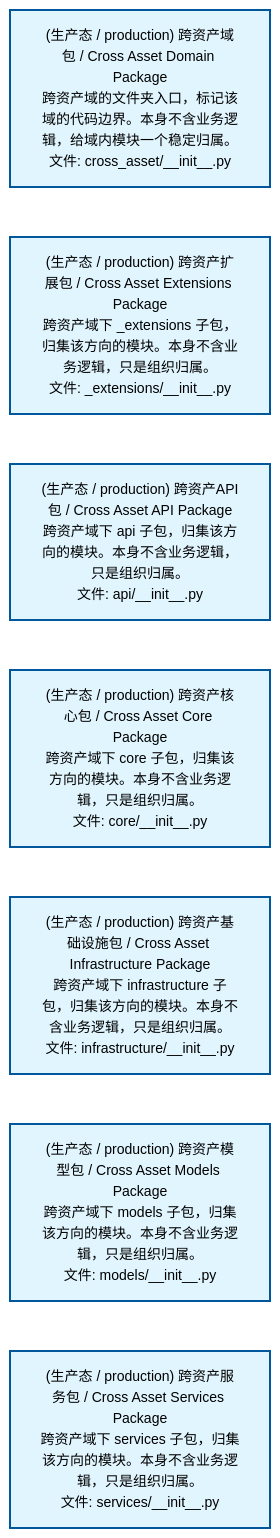
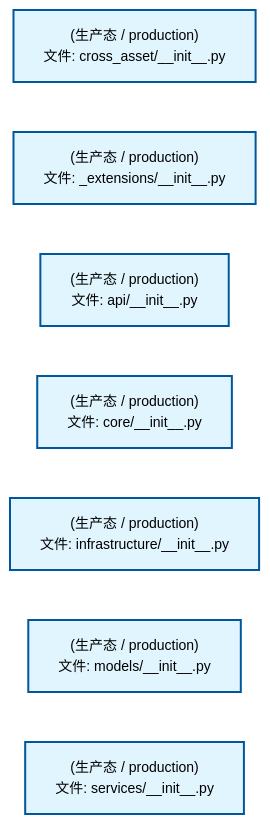
Before and after one commit to xuanFelixVan/ZephyrAlpha: the first of 3 diagrams in docs/02_enterprise_architecture/02_domain_architecture_docs/40_d_cross_asset.md, drawn with Mermaid. The commit also changed other lines of this file and 75 other files, not shown here.

````diff
--- a/docs/02_enterprise_architecture/02_domain_architecture_docs/40_d_cross_asset.md
+++ b/docs/02_enterprise_architecture/02_domain_architecture_docs/40_d_cross_asset.md
@@ -53,22 +53,22 @@
 ```mermaid
 %%{init: {'theme': 'base', 'themeVariables': {'primaryColor': '#eaeaea', 'primaryTextColor': '#333333', 'primaryBorderColor': '#666666', 'lineColor': '#666666', 'secondaryColor': '#eaeaea', 'tertiaryColor': '#eaeaea', 'fontSize': '14px'}}}%%
 flowchart TD
-    src_zephyr_cross_asset_init_py["(生产态 / production) 跨资产域包 / Cross Asset Domain Package<br/>跨资产域的文件夹入口，标记该域的代码边界。本身不含业务逻辑，给域内模块一个稳定归属。<br/>文件: cross_asset/__init__.py"]
-    src_zephyr_cross_asset_extensions_init_py["(生产态 / production) 跨资产扩展包 / Cross Asset Extensions Package<br/>跨资产域下 _extensions 子包，归集该方向的模块。本身不含业务逻辑，只是组织归属。<br/>文件: _extensions/__init__.py"]
-    src_zephyr_cross_asset_api_init_py["(生产态 / production) 跨资产API包 / Cross Asset API Package<br/>跨资产域下 api 子包，归集该方向的模块。本身不含业务逻辑，只是组织归属。<br/>文件: api/__init__.py"]
-    src_zephyr_cross_asset_core_init_py["(生产态 / production) 跨资产核心包 / Cross Asset Core Package<br/>跨资产域下 core 子包，归集该方向的模块。本身不含业务逻辑，只是组织归属。<br/>文件: core/__init__.py"]
-    src_zephyr_cross_asset_infrastructure_init_py["(生产态 / production) 跨资产基础设施包 / Cross Asset Infrastructure Package<br/>跨资产域下 infrastructure 子包，归集该方向的模块。本身不含业务逻辑，只是组织归属。<br/>文件: infrastructure/__init__.py"]
-    src_zephyr_cross_asset_models_init_py["(生产态 / production) 跨资产模型包 / Cross Asset Models Package<br/>跨资产域下 models 子包，归集该方向的模块。本身不含业务逻辑，只是组织归属。<br/>文件: models/__init__.py"]
-    src_zephyr_cross_asset_services_init_py["(生产态 / production) 跨资产服务包 / Cross Asset Services Package<br/>跨资产域下 services 子包，归集该方向的模块。本身不含业务逻辑，只是组织归属。<br/>文件: services/__init__.py"]
+    src_zephyr_cross_asset_init_py["(生产态 / production)<br/>文件: cross_asset/__init__.py"]
+    src_zephyr_cross_asset_extensions_init_py["(生产态 / production)<br/>文件: _extensions/__init__.py"]
+    src_zephyr_cross_asset_api_init_py["(生产态 / production)<br/>文件: api/__init__.py"]
+    src_zephyr_cross_asset_core_init_py["(生产态 / production)<br/>文件: core/__init__.py"]
+    src_zephyr_cross_asset_infrastructure_init_py["(生产态 / production)<br/>文件: infrastructure/__init__.py"]
+    src_zephyr_cross_asset_models_init_py["(生产态 / production)<br/>文件: models/__init__.py"]
+    src_zephyr_cross_asset_services_init_py["(生产态 / production)<br/>文件: services/__init__.py"]
     src_zephyr_cross_asset_init_py ~~~ src_zephyr_cross_asset_extensions_init_py
     src_zephyr_cross_asset_extensions_init_py ~~~ src_zephyr_cross_asset_api_init_py
     src_zephyr_cross_asset_api_init_py ~~~ src_zephyr_cross_asset_core_init_py
     src_zephyr_cross_asset_core_init_py ~~~ src_zephyr_cross_asset_infrastructure_init_py
     src_zephyr_cross_asset_infrastructure_init_py ~~~ src_zephyr_cross_asset_models_init_py
     src_zephyr_cross_asset_models_init_py ~~~ src_zephyr_cross_asset_services_init_py
     classDef production fill:#e1f5fe,stroke:#01579b,stroke-width:2px,color:#000
     classDef design fill:#fff3e0,stroke:#e65100,stroke-width:2px,color:#000,stroke-dasharray: 5 5
     classDef external_prod fill:#e8f4fd,stroke:#0277bd,stroke-width:1px,color:#000
     classDef external_design fill:#fff8e7,stroke:#ef6c00,stroke-width:1px,color:#000,stroke-dasharray: 5 5
     class src_zephyr_cross_asset_init_py,src_zephyr_cross_asset_extensions_init_py,src_zephyr_cross_asset_api_init_py,src_zephyr_cross_asset_core_init_py,src_zephyr_cross_asset_infrastructure_init_py,src_zephyr_cross_asset_models_init_py,src_zephyr_cross_asset_services_init_py production
 ```
````
